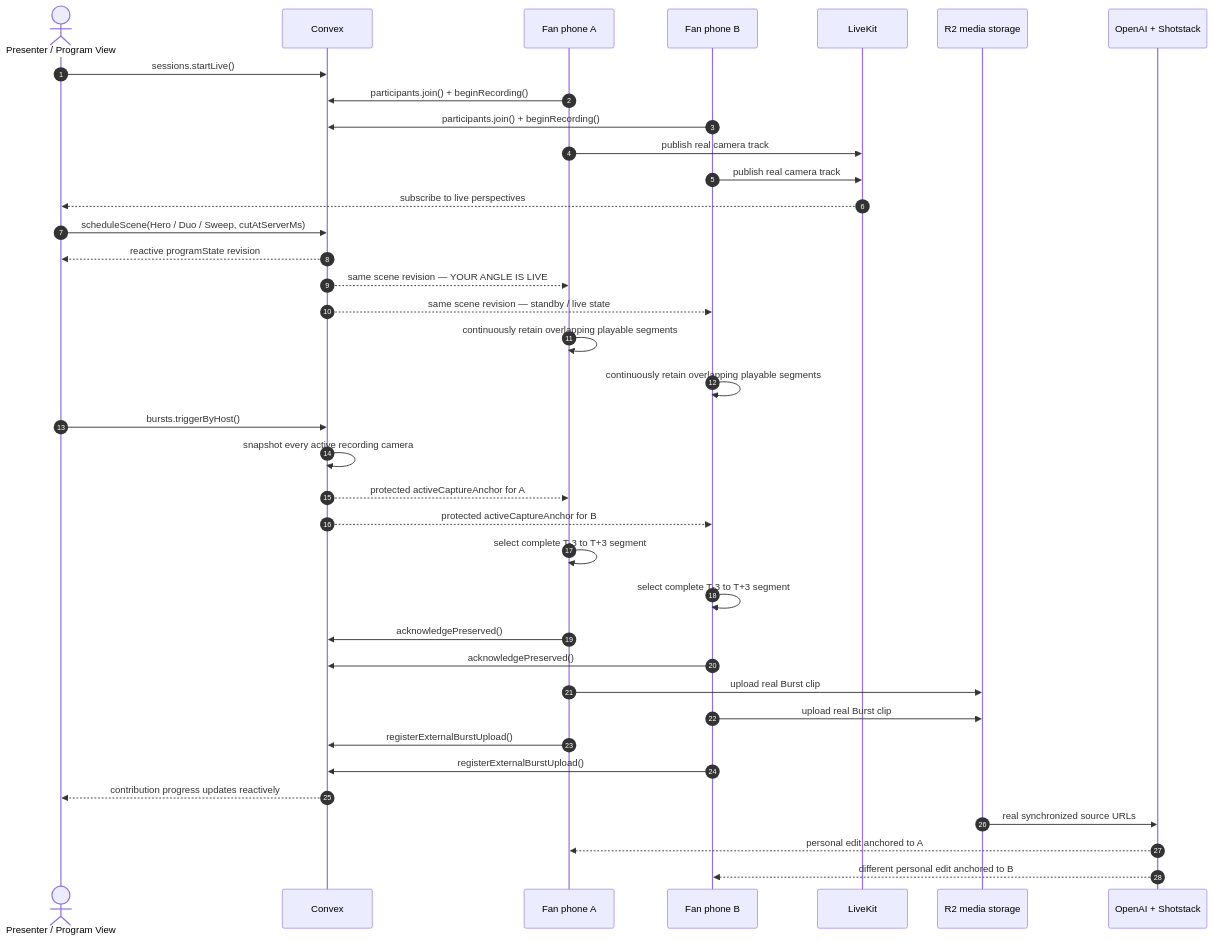
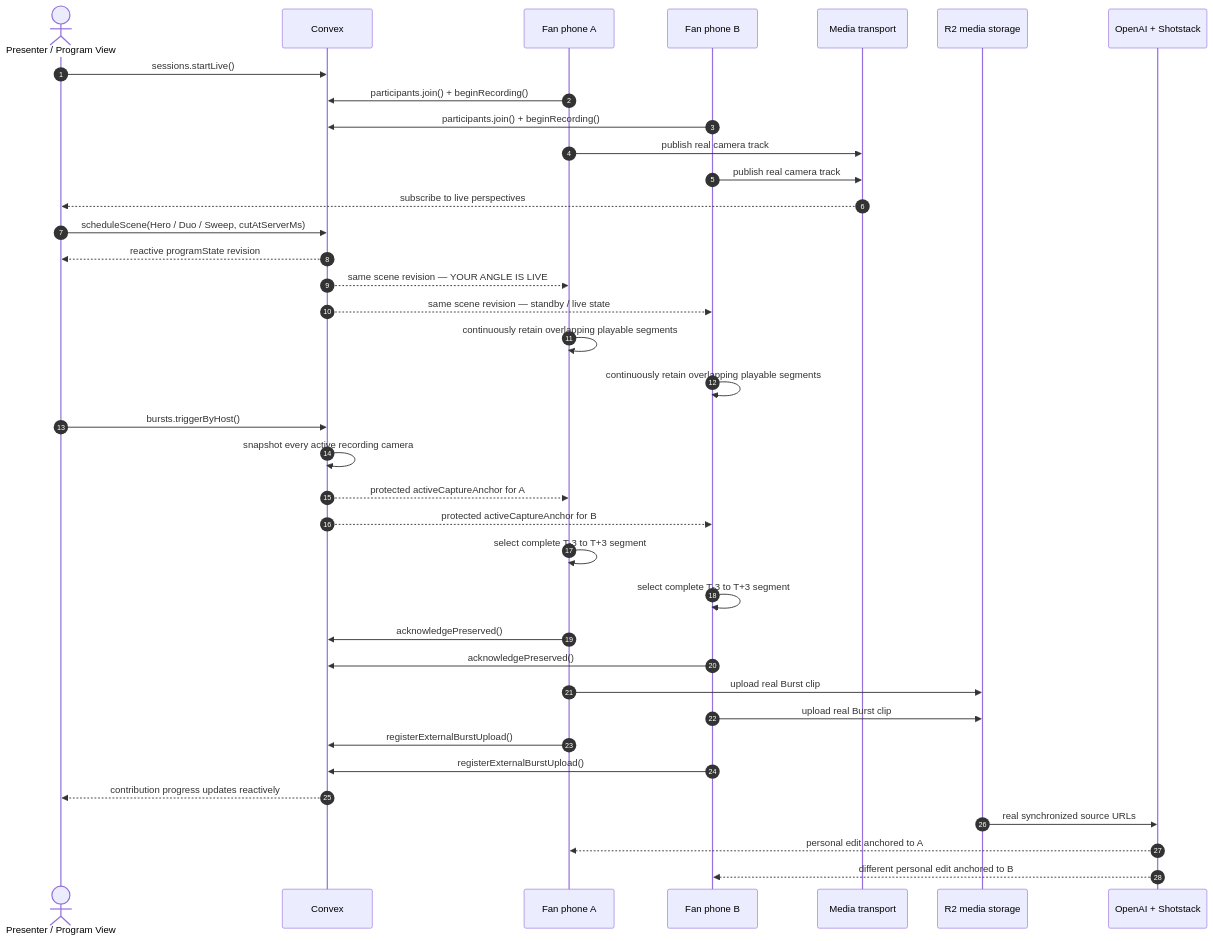
The third of 3 diagrams in README.md (ElijahUmana/ManyVue), drawn with Mermaid before and after one commit. The commit also changed other lines of this file and 28 other files, not shown here.

````diff
--- a/README.md
+++ b/README.md
@@ -222,43 +222,43 @@
 ```mermaid
 sequenceDiagram
   autonumber
   actor Host as Presenter / Program View
   participant C as Convex
   participant A as Fan phone A
   participant B as Fan phone B
-  participant L as LiveKit
+  participant M as Media transport
   participant R as R2 media storage
   participant AI as OpenAI + Shotstack
 
   Host->>C: sessions.startLive()
   A->>C: participants.join() + beginRecording()
   B->>C: participants.join() + beginRecording()
-  A->>L: publish real camera track
-  B->>L: publish real camera track
-  L-->>Host: subscribe to live perspectives
+  A->>M: publish real camera track
+  B->>M: publish real camera track
+  M-->>Host: subscribe to live perspectives
 
   Host->>C: scheduleScene(Hero / Duo / Sweep, cutAtServerMs)
   C-->>Host: reactive programState revision
   C-->>A: same scene revision — YOUR ANGLE IS LIVE
   C-->>B: same scene revision — standby / live state
 
   A->>A: continuously retain overlapping playable segments
   B->>B: continuously retain overlapping playable segments
   Host->>C: bursts.triggerByHost()
   C->>C: snapshot every active recording camera
   C-->>A: protected activeCaptureAnchor for A
   C-->>B: protected activeCaptureAnchor for B
   A->>A: select complete T-3 to T+3 segment
   B->>B: select complete T-3 to T+3 segment
   A->>C: acknowledgePreserved()
   B->>C: acknowledgePreserved()
   A->>R: upload real Burst clip
   B->>R: upload real Burst clip
   A->>C: registerExternalBurstUpload()
   B->>C: registerExternalBurstUpload()
   C-->>Host: contribution progress updates reactively
 
   R->>AI: real synchronized source URLs
   AI-->>A: personal edit anchored to A
   AI-->>B: different personal edit anchored to B
 ```
````
